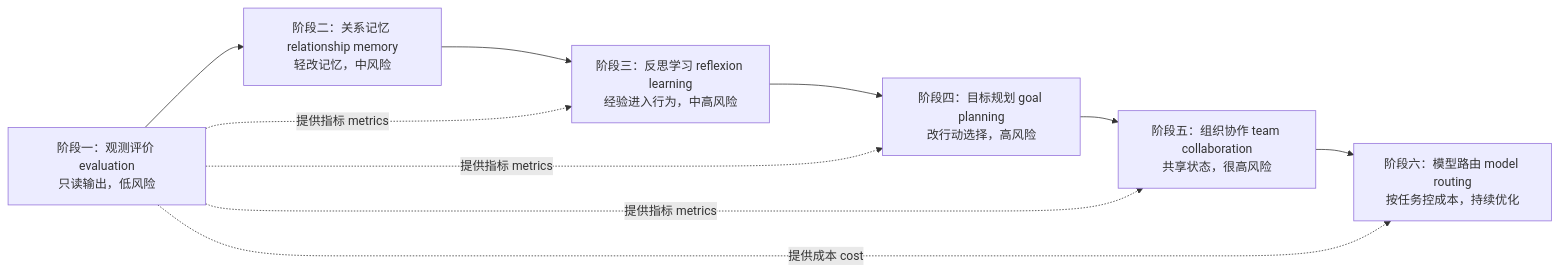
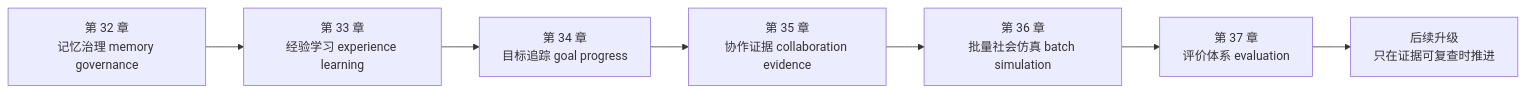
Before and after one commit to tbkken/GenerativeAgentsCN: the diagram in docs/book/manuscript/part_05/chapter_38.md, drawn with Mermaid. The commit also changed other lines of this file and 3 other files, not shown here.

````diff
--- a/docs/book/manuscript/part_05/chapter_38.md
+++ b/docs/book/manuscript/part_05/chapter_38.md
@@ -13,12 +5,9 @@
 ```mermaid
 flowchart LR
-    A["阶段一：观测评价 evaluation<br/>只读输出，低风险"] --> B["阶段二：关系记忆 relationship memory<br/>轻改记忆，中风险"]
-    B --> C["阶段三：反思学习 reflexion learning<br/>经验进入行为，中高风险"]
-    C --> D["阶段四：目标规划 goal planning<br/>改行动选择，高风险"]
-    D --> E["阶段五：组织协作 team collaboration<br/>共享状态，很高风险"]
-    E --> F["阶段六：模型路由 model routing<br/>按任务控成本，持续优化"]
-    A -.->|提供指标 metrics| C
-    A -.->|提供指标 metrics| D
-    A -.->|提供指标 metrics| E
-    A -.->|提供成本 cost| F
+    M["第 32 章<br/>记忆治理 memory governance"] --> R["第 33 章<br/>经验学习 experience learning"]
+    R --> G["第 34 章<br/>目标追踪 goal progress"]
+    G --> C["第 35 章<br/>协作证据 collaboration evidence"]
+    C --> S["第 36 章<br/>批量社会仿真 batch simulation"]
+    S --> E["第 37 章<br/>评价体系 evaluation"]
+    E --> Next["后续升级<br/>只在证据可复查时推进"]
 ```
````
